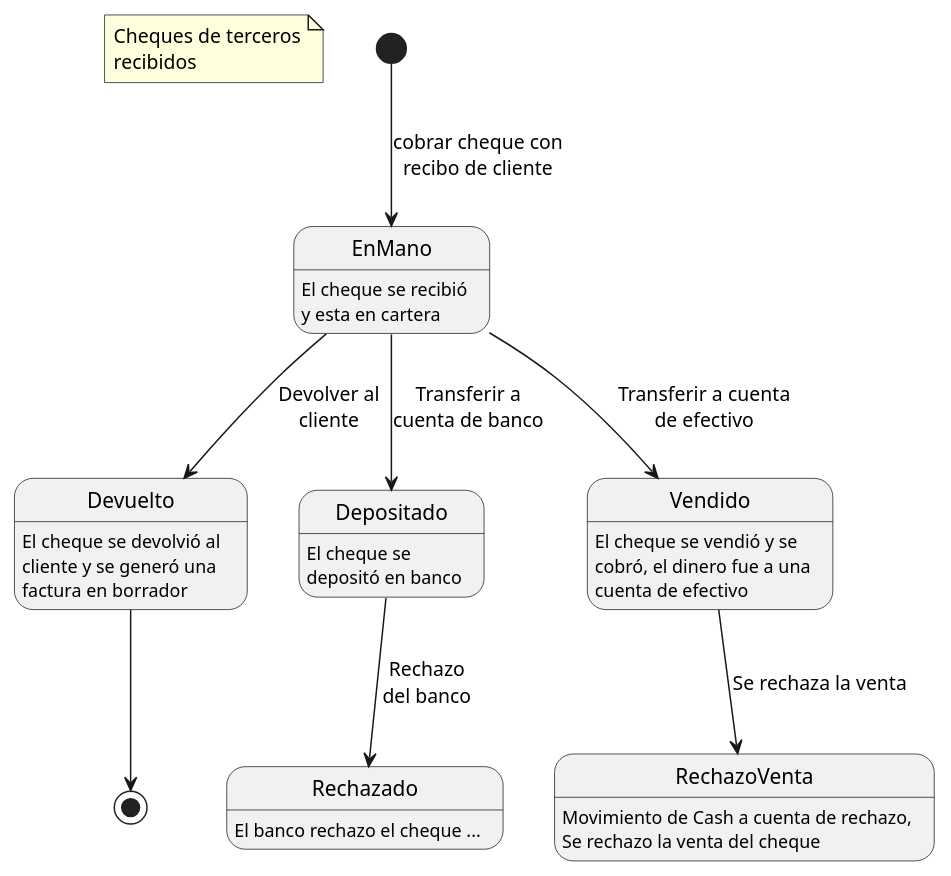
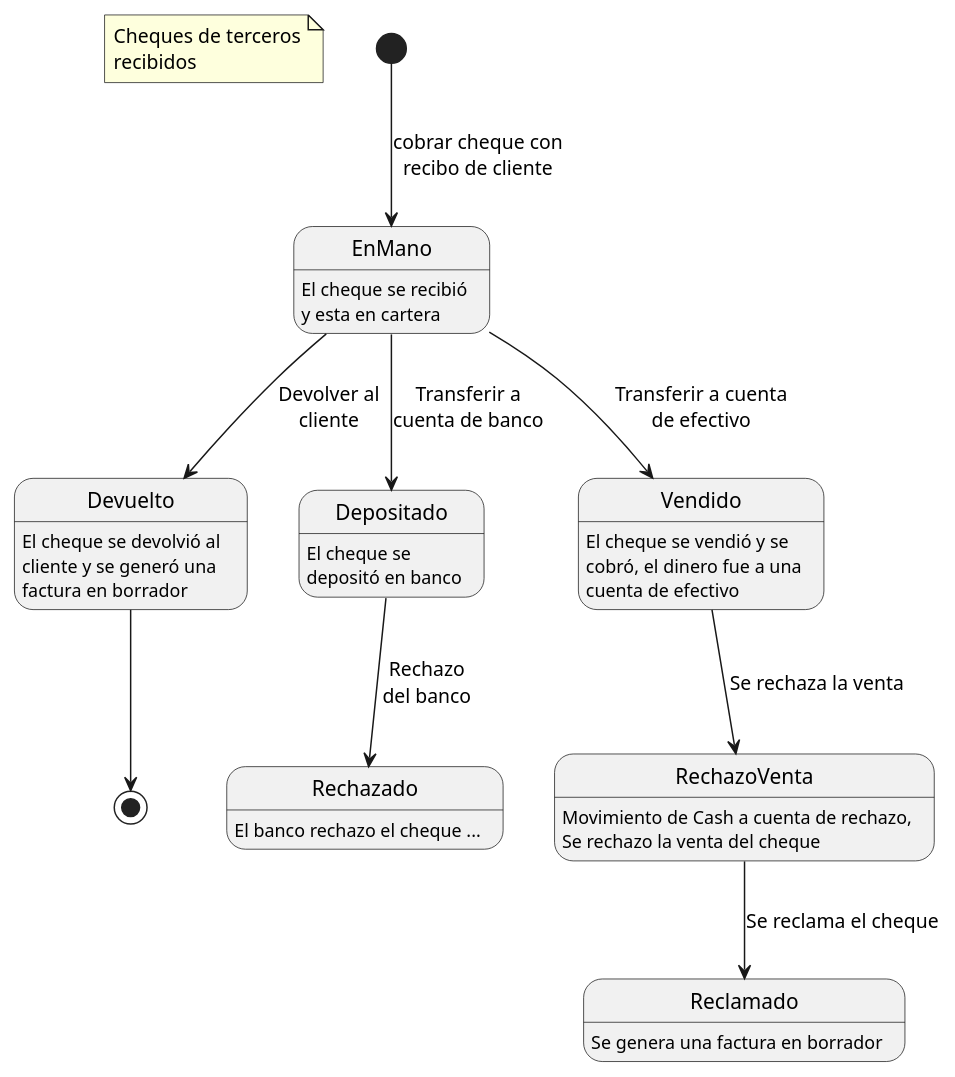
Before and after one commit to yasserdjerbi/test: the diagram in doc/cheques.puml, drawn with PlantUML. The commit also changed 8 other files, not shown here.

```diff
--- a/doc/cheques.puml
+++ b/doc/cheques.puml
@@ -1,23 +1,24 @@
 @startuml
 
 ' Cheques de terceros, en desarrollo...
 
 note "Cheques de terceros\nrecibidos" as N1
 
 Devuelto : El cheque se devolvió al \ncliente y se generó una\nfactura en borrador
 EnMano: El cheque se recibió\ny esta en cartera
 Depositado: El cheque se\ndepositó en banco
 Rechazado: El banco rechazo el cheque ...
 Vendido: El cheque se vendió y se\ncobró, el dinero fue a una\ncuenta de efectivo
 RechazoVenta: Movimiento de Cash a cuenta de rechazo,\nSe rechazo la venta del cheque
+Reclamado: Se genera una factura en borrador
 
 [*] --> EnMano : cobrar cheque con\nrecibo de cliente
 EnMano --> Depositado : Transferir a\ncuenta de banco
 EnMano --> Vendido: Transferir a cuenta\nde efectivo
 EnMano --> Devuelto: Devolver al\ncliente
 Depositado --> Rechazado : Rechazo\ndel banco
 Devuelto --> [*]
 Vendido --> RechazoVenta : Se rechaza la venta
-
+RechazoVenta --> Reclamado: Se reclama el cheque
 
 @enduml
```
